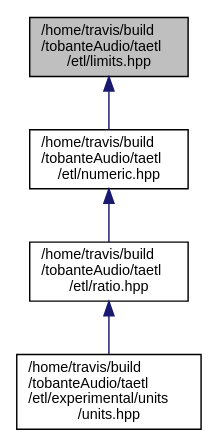
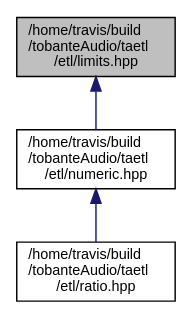
The diagram in limits_8hpp__dep__incl.dot (tobanteAudio/taetl), drawn with Graphviz before and after one commit. The commit also changed 187 other files, not shown here.

Commit message:
Deploy tobanteAudio/taetl to github.com/tobanteAudio/taetl.git:gh-pages

```diff
--- a/limits_8hpp__dep__incl.dot
+++ b/limits_8hpp__dep__incl.dot
@@ -1,12 +1,10 @@
 digraph "/home/travis/build/tobanteAudio/taetl/etl/limits.hpp"
 {
   edge [fontname="Helvetica",fontsize="10",labelfontname="Helvetica",labelfontsize="10"];
   node [fontname="Helvetica",fontsize="10",shape=record];
   Node10 [label="/home/travis/build\l/tobanteAudio/taetl\l/etl/limits.hpp",height=0.2,width=0.4,color="black", fillcolor="grey75", style="filled", fontcolor="black"];
   Node10 -> Node11 [dir="back",color="midnightblue",fontsize="10",style="solid",fontname="Helvetica"];
   Node11 [label="/home/travis/build\l/tobanteAudio/taetl\l/etl/numeric.hpp",height=0.2,width=0.4,color="black", fillcolor="white", style="filled",URL="$numeric_8hpp.html"];
   Node11 -> Node12 [dir="back",color="midnightblue",fontsize="10",style="solid",fontname="Helvetica"];
   Node12 [label="/home/travis/build\l/tobanteAudio/taetl\l/etl/ratio.hpp",height=0.2,width=0.4,color="black", fillcolor="white", style="filled",URL="$ratio_8hpp.html"];
-  Node12 -> Node13 [dir="back",color="midnightblue",fontsize="10",style="solid",fontname="Helvetica"];
-  Node13 [label="/home/travis/build\l/tobanteAudio/taetl\l/etl/experimental/units\l/units.hpp",height=0.2,width=0.4,color="black", fillcolor="white", style="filled",URL="$units_8hpp.html"];
 }
```
